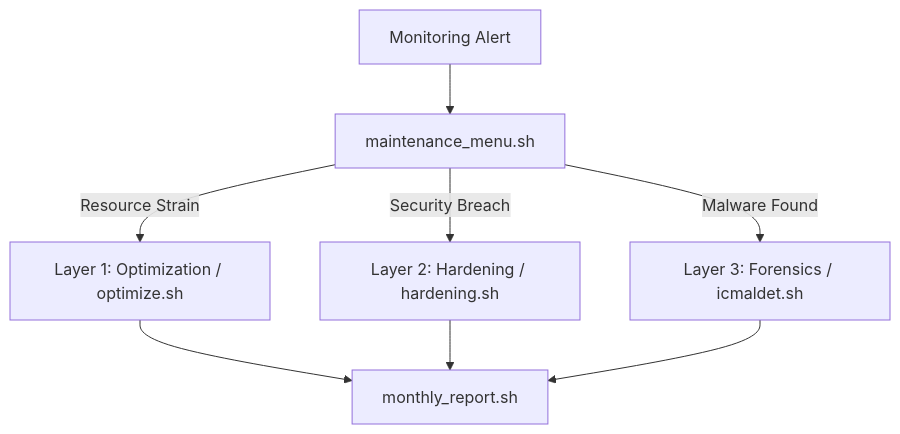
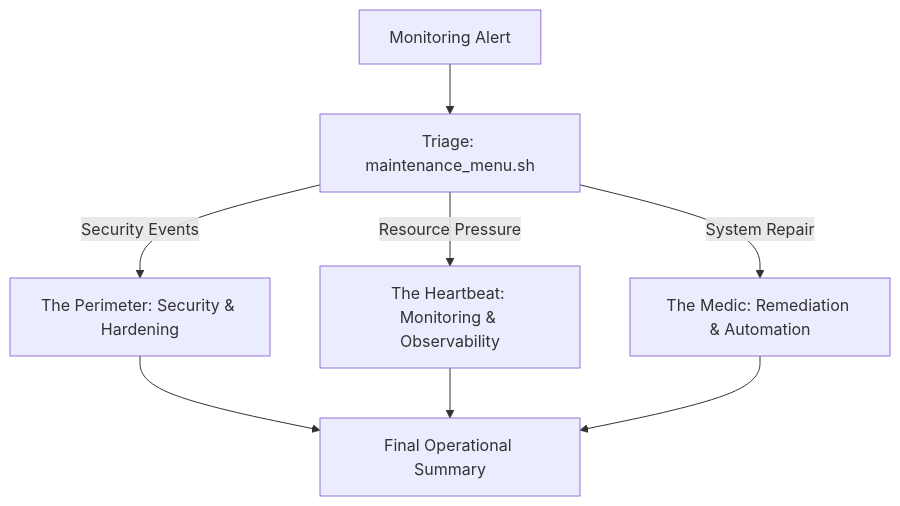
Before and after one commit to Ecook14/Scripts: the diagram in README.md, drawn with Mermaid. The commit also changed other lines of this file and 2 other files, not shown here.

````diff
--- a/README.md
+++ b/README.md
@@ -23,10 +17,10 @@
 ```mermaid
 graph TD
-    Alert[Monitoring Alert] --> Triage[maintenance_menu.sh]
-    Triage -->|Resource Strain| Layer1[Layer 1: Optimization / optimize.sh]
-    Triage -->|Security Breach| Layer2[Layer 2: Hardening / hardening.sh]
-    Triage -->|Malware Found| Layer3[Layer 3: Forensics / icmaldet.sh]
-    Layer1 --> Report[monthly_report.sh]
-    Layer2 --> Report
-    Layer3 --> Report
+    Alert[Monitoring Alert] --> Triage[Triage: maintenance_menu.sh]
+    Triage -->|Security Events| L1[The Perimeter: Security & Hardening]
+    Triage -->|Resource Pressure| L2[The Heartbeat: Monitoring & Observability]
+    Triage -->|System Repair| L3[The Medic: Remediation & Automation]
+    L1 --> Report[Final Operational Summary]
+    L2 --> Report
+    L3 --> Report
 ```
````
